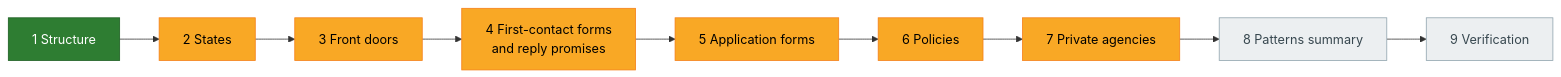
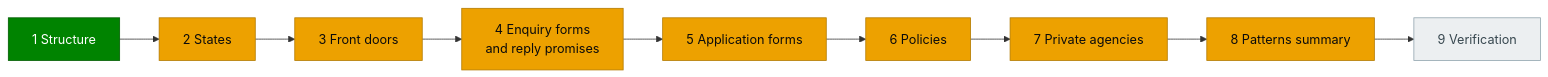
The diagram in docs/us-survey-plan.md (jamiegannaway/kinderform), drawn with Mermaid before and after one commit. The commit also changed other lines of this file and 15 other files, not shown here.

First line of the commit message:
US research page: SVG charts and first patterns summary

````diff
--- a/docs/us-survey-plan.md
+++ b/docs/us-survey-plan.md
@@ -20,16 +29,16 @@
 ```mermaid
 flowchart LR
     P1["1 Structure"]:::done
     P2["2 States"]:::partial
     P3["3 Front doors"]:::partial
-    P4["4 First-contact forms<br>and reply promises"]:::partial
+    P4["4 Enquiry forms<br>and reply promises"]:::partial
     P5["5 Application forms"]:::partial
     P6["6 Policies"]:::partial
     P7["7 Private agencies"]:::partial
-    P8["8 Patterns summary"]:::todo
+    P8["8 Patterns summary"]:::partial
     P9["9 Verification"]:::todo
     P1 --> P2 --> P3 --> P4 --> P5 --> P6 --> P7 --> P8 --> P9
-    classDef done fill:#2e7d32,stroke:#1b5e20,color:#ffffff
-    classDef partial fill:#f9a825,stroke:#f57f17,color:#000000
+    classDef done fill:#008300,stroke:#005c00,color:#ffffff
+    classDef partial fill:#eda100,stroke:#b37a00,color:#0b0b0b
     classDef todo fill:#eceff1,stroke:#90a4ae,color:#37474f
 ```
````
